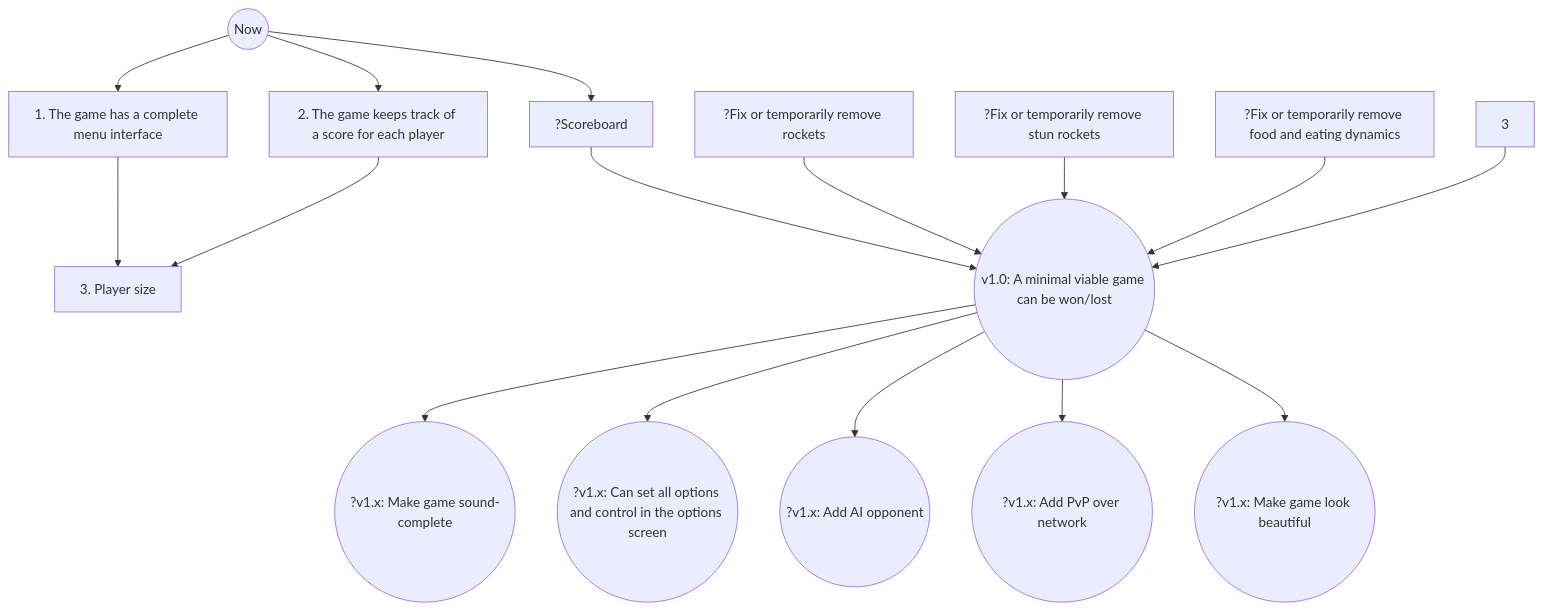
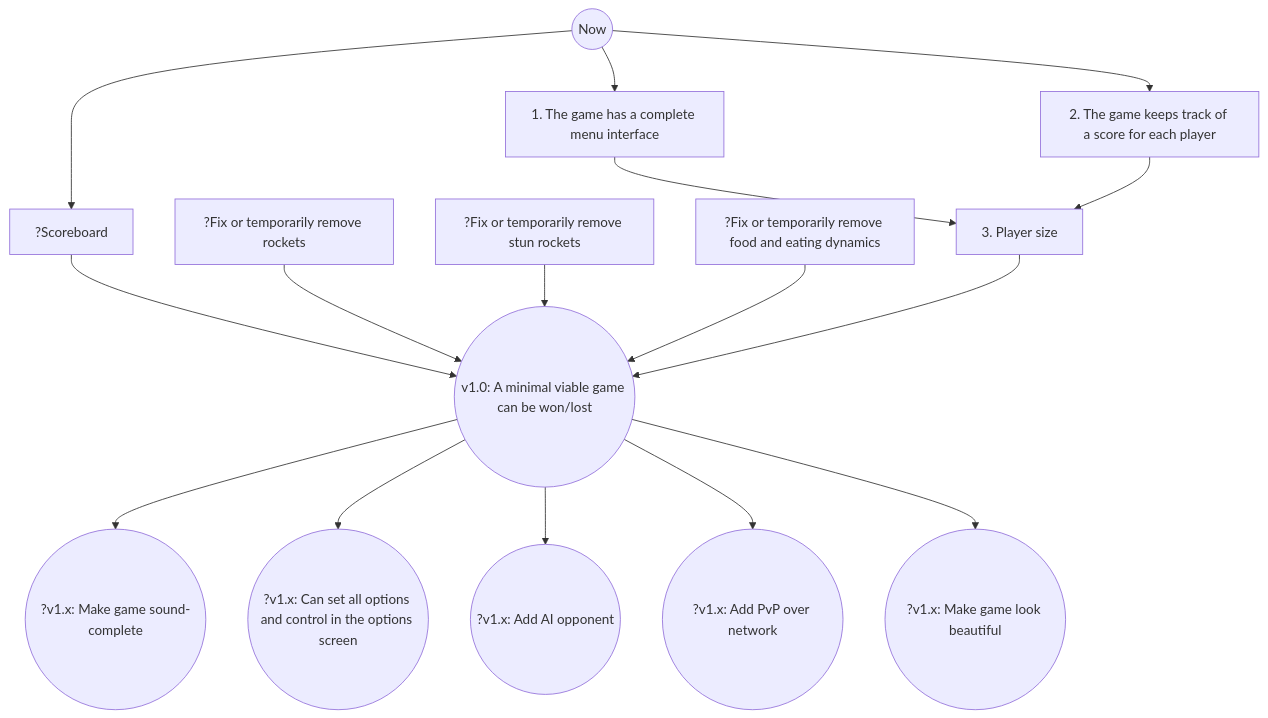
Before and after one commit to tresinformal/drakkar: the diagram in doc/roadmap.md, drawn with Mermaid.

Commit message:
Milestones are in 10s, versions are in 100s

````diff
--- a/doc/roadmap.md
+++ b/doc/roadmap.md
@@ -3,18 +3,18 @@
 ```mermaid
 graph TD;
     0((Now))-->10[1. The game has a complete menu interface];
     0-->20[2. The game keeps track of a score for each player]
     10-->30[3. Player size]
     0-->40[?Scoreboard]
     20-->30
     40-->100
     50[?Fix or temporarily remove rockets]-->100
     60[?Fix or temporarily remove stun rockets]-->100
     70[?Fix or temporarily remove food and eating dynamics]-->100
-    3-->100((v1.0: A minimal viable game can be won/lost))
+    30-->100((v1.0: A minimal viable game can be won/lost))
     100-->200((?v1.x: Make game sound-complete))
     100-->300((?v1.x: Can set all options and control in the options screen))
     100-->400((?v1.x: Add AI opponent))
     100-->500((?v1.x: Add PvP over network))
     100-->600((?v1.x: Make game look beautiful))
 ```
````
